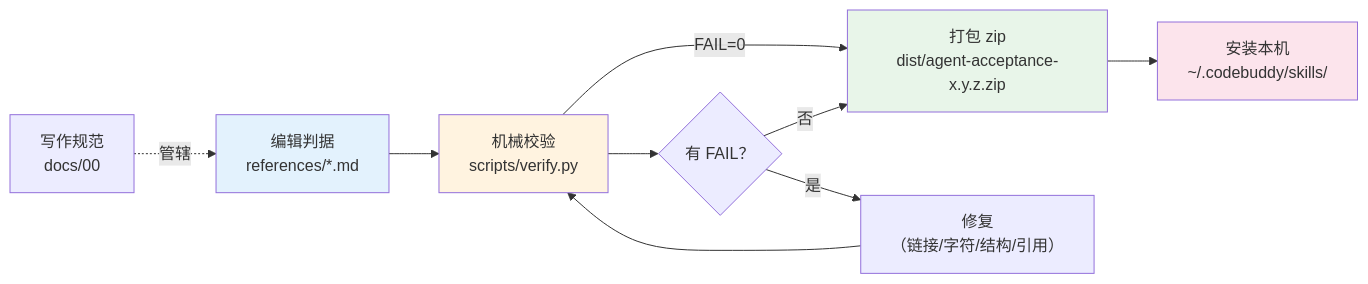
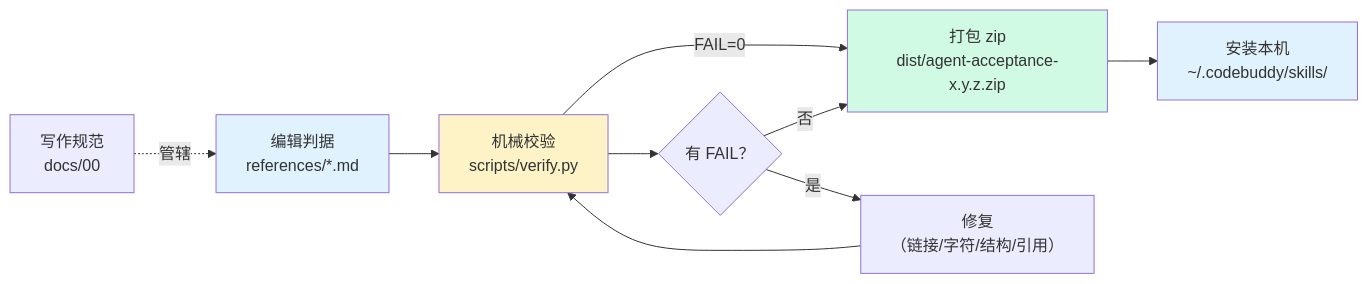
Before and after one commit to LPK3215/agent-acceptance: the fifth of 6 diagrams in docs/01-项目结构与流程图.md, drawn with Mermaid. The commit also changed other lines of this file and 10 other files, not shown here.

````diff
--- a/docs/01-项目结构与流程图.md
+++ b/docs/01-项目结构与流程图.md
@@ -168,23 +168,23 @@
 ```mermaid
 flowchart LR
     EDIT["编辑判据<br/>references/*.md"]
     SPEC["写作规范<br/>docs/00"]
     VERIFY["机械校验<br/>scripts/verify.py"]
     PKG["打包 zip<br/>dist/agent-acceptance-x.y.z.zip"]
     INSTALL["安装本机<br/>~/.codebuddy/skills/"]
 
     EDIT --> VERIFY
     SPEC -.->|管辖| EDIT
     VERIFY -->|FAIL=0| PKG
     PKG --> INSTALL
 
     FAIL{"有 FAIL？"}
     VERIFY --> FAIL
     FAIL -->|"是"| FIX["修复<br/>（链接/字符/结构/引用）"] --> VERIFY
     FAIL -->|"否"| PKG
 
-    style EDIT fill:#e3f2fd
-    style VERIFY fill:#fff3e0
-    style PKG fill:#e8f5e9
-    style INSTALL fill:#fce4ec
+    style EDIT fill:#e0f2fe
+    style VERIFY fill:#fef3c7
+    style PKG fill:#d1fae5
+    style INSTALL fill:#e0f2fe
 ```
````
